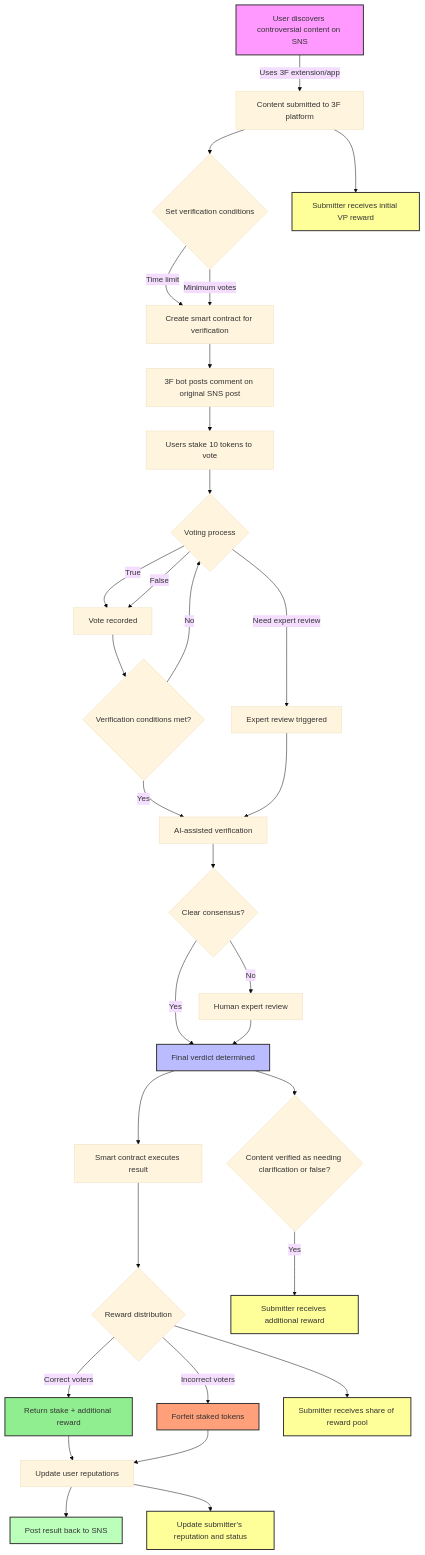
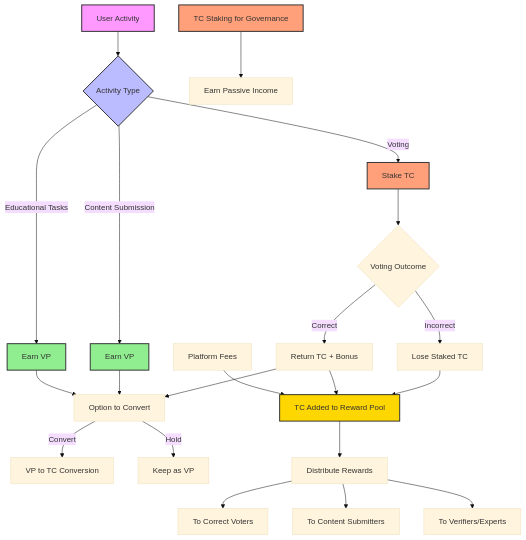
One commit to cctuan/vff-app changed the second of 2 diagrams in README.md. Above: the diagram before and after it, drawn with Mermaid (base theme). The commit also changed other lines of this file, not shown here.

````diff
--- a/README.md
+++ b/README.md
@@ -17,45 +188,38 @@
 ```mermaid
 graph TD
-    A[User discovers controversial content on SNS] -->|Uses 3F extension/app| B[Content submitted to 3F platform]
-    B --> C{Set verification conditions}
-    C -->|Time limit| D[Create smart contract for verification]
-    C -->|Minimum votes| D
-    D --> E[3F bot posts comment on original SNS post]
-    E --> F[Users stake 10 tokens to vote]
-    F --> G{Voting process}
-    G -->|True| H[Vote recorded]
-    G -->|False| H
-    G -->|Need expert review| I[Expert review triggered]
-    H --> J{Verification conditions met?}
-    J -->|No| G
-    J -->|Yes| K[AI-assisted verification]
-    I --> K
-    K --> L{Clear consensus?}
-    L -->|Yes| M[Final verdict determined]
-    L -->|No| N[Human expert review]
-    N --> M
-    M --> O[Smart contract executes result]
-    O --> P{Reward distribution}
-    P -->|Correct voters| Q[Return stake + additional reward]
-    P -->|Incorrect voters| R[Forfeit staked tokens]
-    Q --> S[Update user reputations]
-    R --> S
-    S --> T[Post result back to SNS]
+    A[User Activity] --> B{Activity Type}
+    B -->|Voting| C[Stake TC]
+    B -->|Content Submission| D[Earn VP]
+    B -->|Educational Tasks| E[Earn VP]
+
+    C --> F{Voting Outcome}
+    F -->|Correct| G[Return TC + Bonus]
+    F -->|Incorrect| H[Lose Staked TC]
+
+    G --> I[Option to Convert]
+    D --> I
+    E --> I
+
+    I -->|Convert| J[VP to TC Conversion]
+    I -->|Hold| K[Keep as VP]
+
+    H --> L[TC Added to Reward Pool]
+    G --> L
+
+    M[Platform Fees] --> L
     
-    B --> U[Submitter receives initial VP reward]
-    M --> V{Content verified as needing clarification or false?}
-    V -->|Yes| W[Submitter receives additional reward]
-    P --> X[Submitter receives share of reward pool]
-    S --> Y[Update submitter's reputation and status]
-    
+    L --> N[Distribute Rewards]
+    N --> O[To Correct Voters]
+    N --> P[To Content Submitters]
+    N --> Q[To Verifiers/Experts]
+
+    R[TC Staking for Governance] --> S[Earn Passive Income]
+
     style A fill:#f9f,stroke:#333,stroke-width:2px
-    style M fill:#bbf,stroke:#333,stroke-width:2px
-    style T fill:#bfb,stroke:#333,stroke-width:2px
-    style U fill:#ff9,stroke:#333,stroke-width:2px
-    style W fill:#ff9,stroke:#333,stroke-width:2px
-    style X fill:#ff9,stroke:#333,stroke-width:2px
-    style Y fill:#ff9,stroke:#333,stroke-width:2px
-    style Q fill:#90EE90,stroke:#333,stroke-width:2px
+    style B fill:#bbf,stroke:#333,stroke-width:2px
+    style C fill:#FFA07A,stroke:#333,stroke-width:2px
+    style D fill:#90EE90,stroke:#333,stroke-width:2px
+    style E fill:#90EE90,stroke:#333,stroke-width:2px
+    style L fill:#FFD700,stroke:#333,stroke-width:2px
     style R fill:#FFA07A,stroke:#333,stroke-width:2px
-
 ```
````
